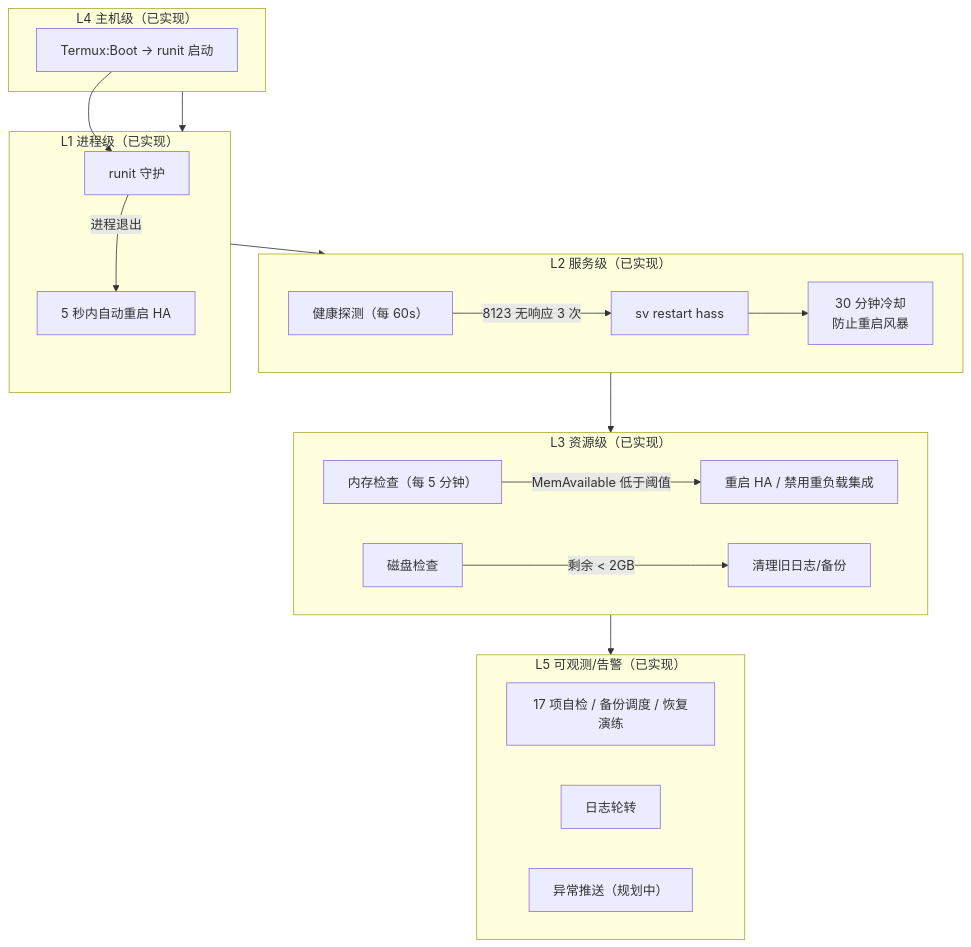
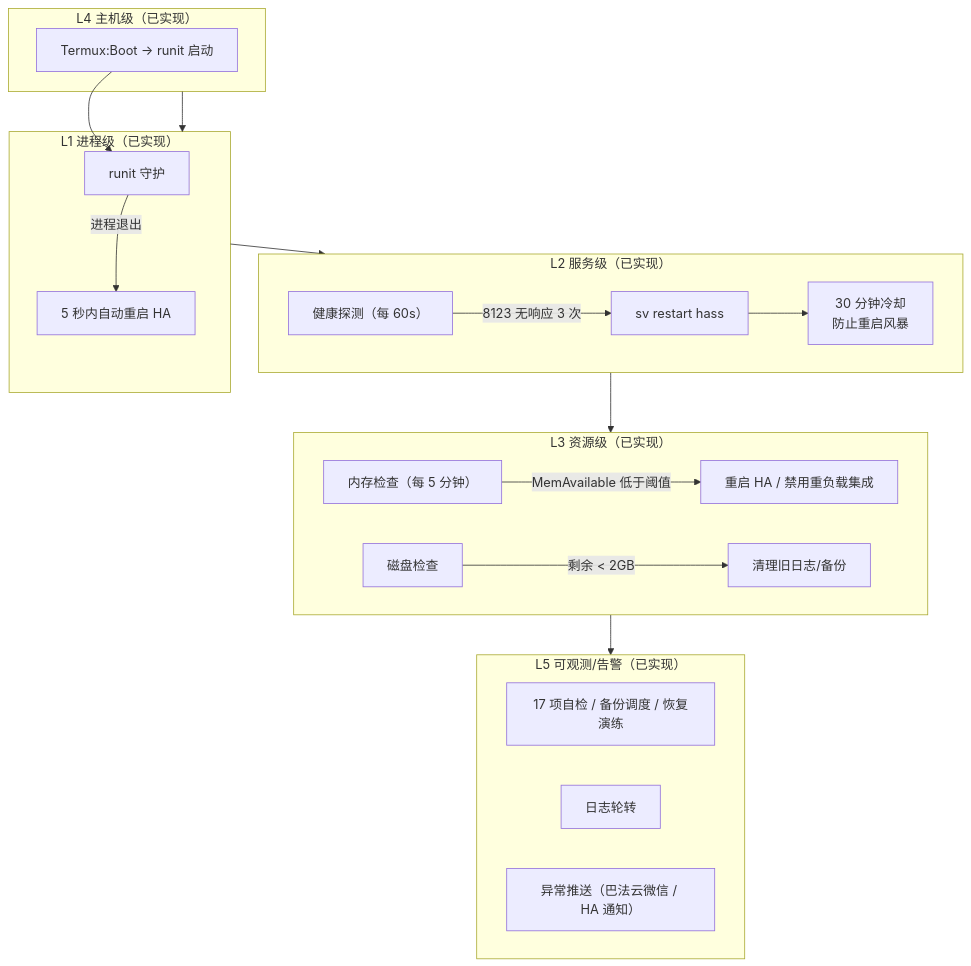
Before and after one commit to VotaverUno/android-tv-box-home-assistant: the fourth of 5 diagrams in docs/架构与数据流.md, drawn with Mermaid. The commit also changed 11 other files, not shown here.

Commit message:
fix: low-risk fixes from external review (docs consistency, patch script CLIs, bemfa https, start-ha version check, mobile_app patch) + add control-flow image

````diff
--- a/docs/架构与数据流.md
+++ b/docs/架构与数据流.md
@@ -156,28 +156,28 @@
 ```mermaid
 flowchart TB
     subgraph L1["L1 进程级（已实现）"]
         RUNIT["runit 守护"]
         RUNIT -->|"进程退出"| RESTART1["5 秒内自动重启 HA"]
     end
     subgraph L2["L2 服务级（已实现）"]
         PROBE["健康探测（每 60s）"]
         PROBE -->|"8123 无响应 3 次"| RESTART2["sv restart hass"]
         RESTART2 --> COOL["30 分钟冷却<br/>防止重启风暴"]
     end
     subgraph L3["L3 资源级（已实现）"]
         MEM["内存检查（每 5 分钟）"]
         MEM -->|"MemAvailable 低于阈值"| GC["重启 HA / 禁用重负载集成"]
         DISK["磁盘检查"]
         DISK -->|"剩余 < 2GB"| CLEAN["清理旧日志/备份"]
     end
     subgraph L4["L4 主机级（已实现）"]
         BOOT["Termux:Boot → runit 启动"]
         BOOT --> RUNIT
     end
     subgraph L5["L5 可观测/告警（已实现）"]
         SELFTEST["17 项自检 / 备份调度 / 恢复演练"]
         LOG["日志轮转"]
-        ALERT["异常推送（规划中）"]
+        ALERT["异常推送（巴法云微信 / HA 通知）"]
     end
     L4 --> L1 --> L2 --> L3 --> L5
 ```
````
